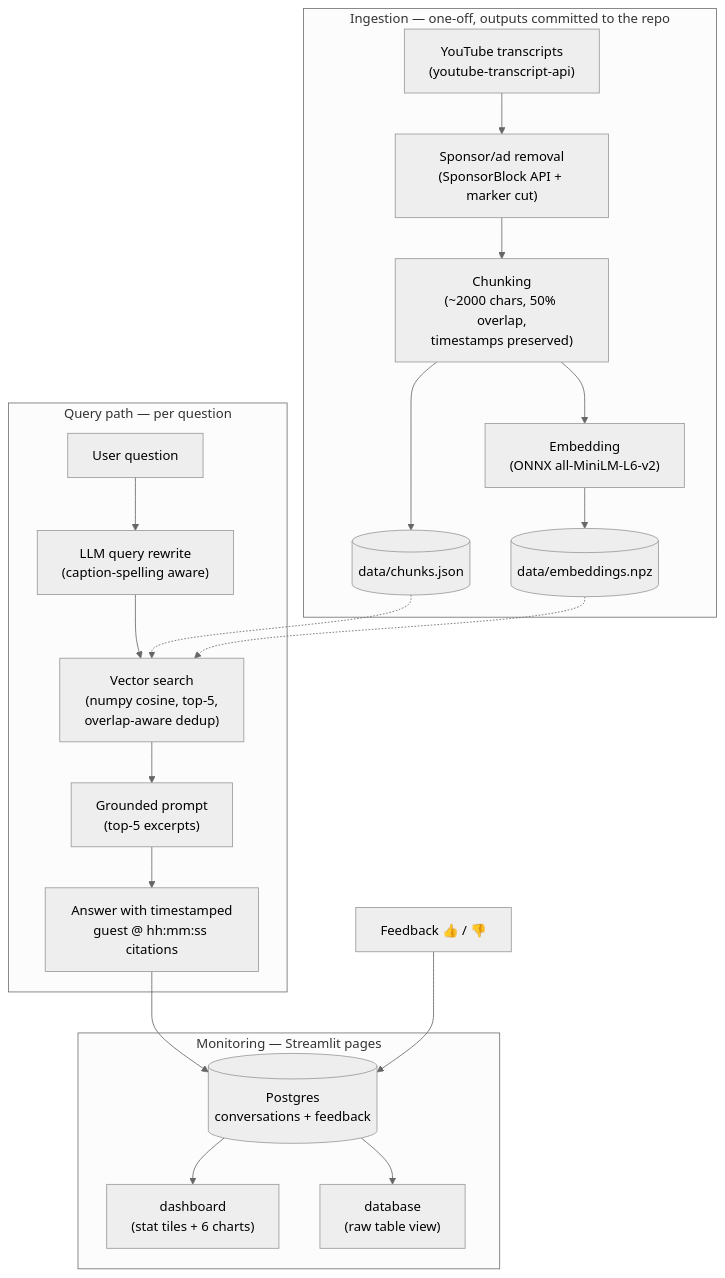
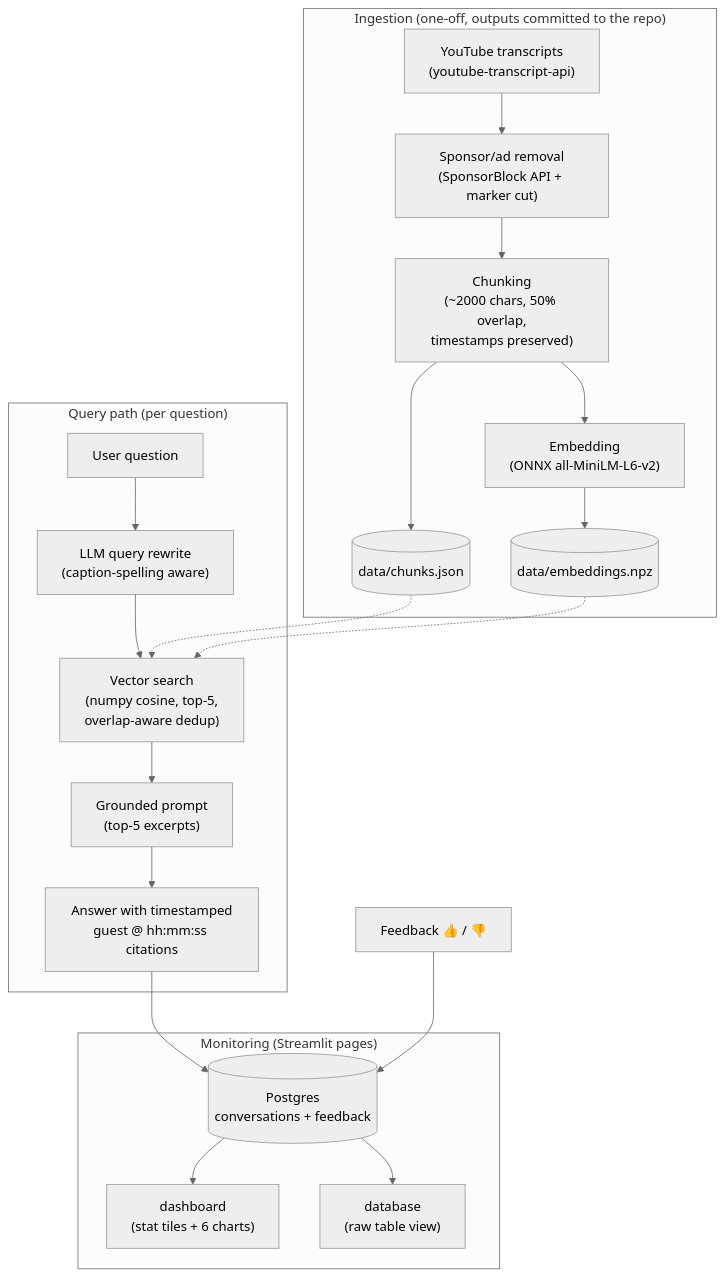
One commit to fabianpmai/fusion-rag changed the diagram in README.md. Above: the diagram before and after it, drawn with Mermaid (neutral theme). The commit also changed other lines of this file, not shown here.

````diff
--- a/README.md
+++ b/README.md
@@ -46,31 +44,31 @@
 ```mermaid
 flowchart TB
-    subgraph ingestion["Ingestion — one-off, outputs committed to the repo"]
+    subgraph ingestion["Ingestion (one-off, outputs committed to the repo)"]
         A["YouTube transcripts<br/>(youtube-transcript-api)"] --> B["Sponsor/ad removal<br/>(SponsorBlock API + marker cut)"]
         B --> C["Chunking<br/>(~2000 chars, 50% overlap,<br/>timestamps preserved)"]
         C --> D["Embedding<br/>(ONNX all-MiniLM-L6-v2)"]
         C --> E[("data/chunks.json")]
         D --> F[("data/embeddings.npz")]
     end
 
-    subgraph query["Query path — per question"]
+    subgraph query["Query path (per question)"]
         Q["User question"] --> RW["LLM query rewrite<br/>(caption-spelling aware)"]
         RW --> VS["Vector search<br/>(numpy cosine, top-5,<br/>overlap-aware dedup)"]
         VS --> P["Grounded prompt<br/>(top-5 excerpts)"]
         P --> ANS["Answer with timestamped<br/>guest @ hh:mm:ss citations"]
     end
 
     E -.-> VS
     F -.-> VS
 
-    subgraph monitoring["Monitoring — Streamlit pages"]
+    subgraph monitoring["Monitoring (Streamlit pages)"]
         PG[("Postgres<br/>conversations + feedback")]
         DASH["dashboard<br/>(stat tiles + 6 charts)"]
         TBL["database<br/>(raw table view)"]
     end
 
     ANS --> PG
     FB["Feedback 👍 / 👎"] --> PG
     PG --> DASH
     PG --> TBL
 ```
````
